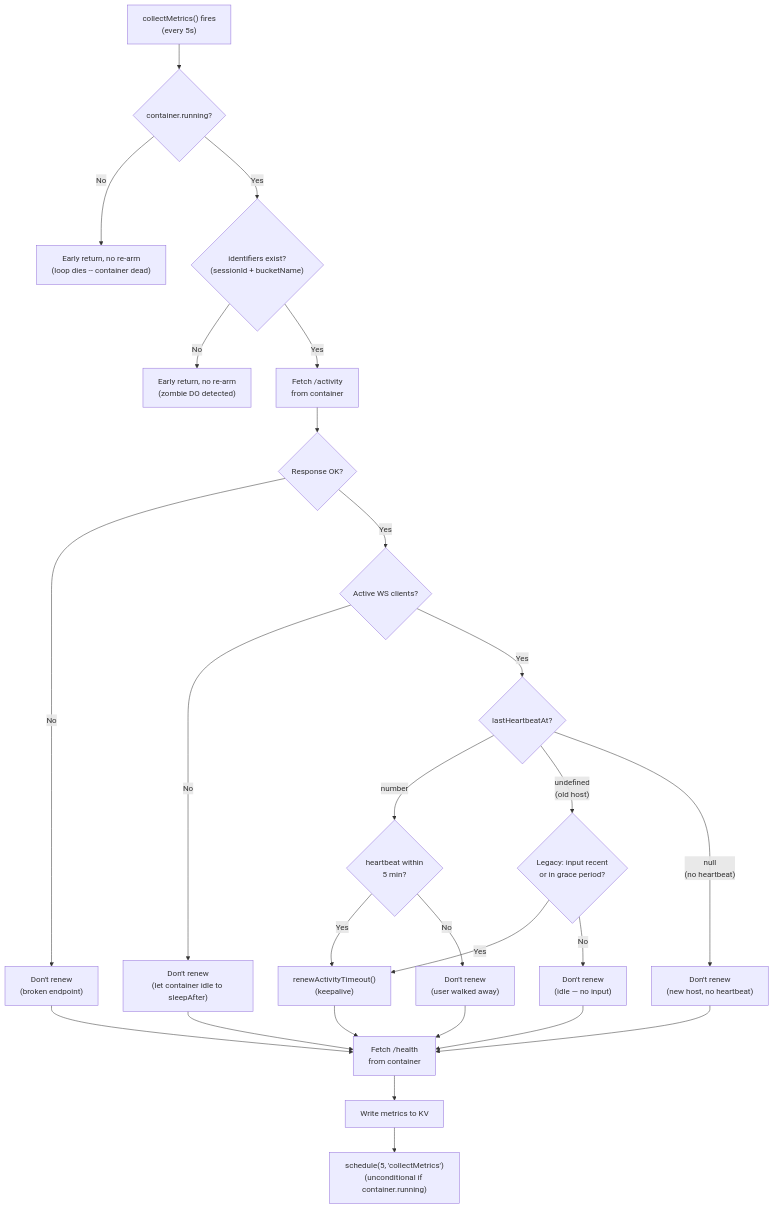
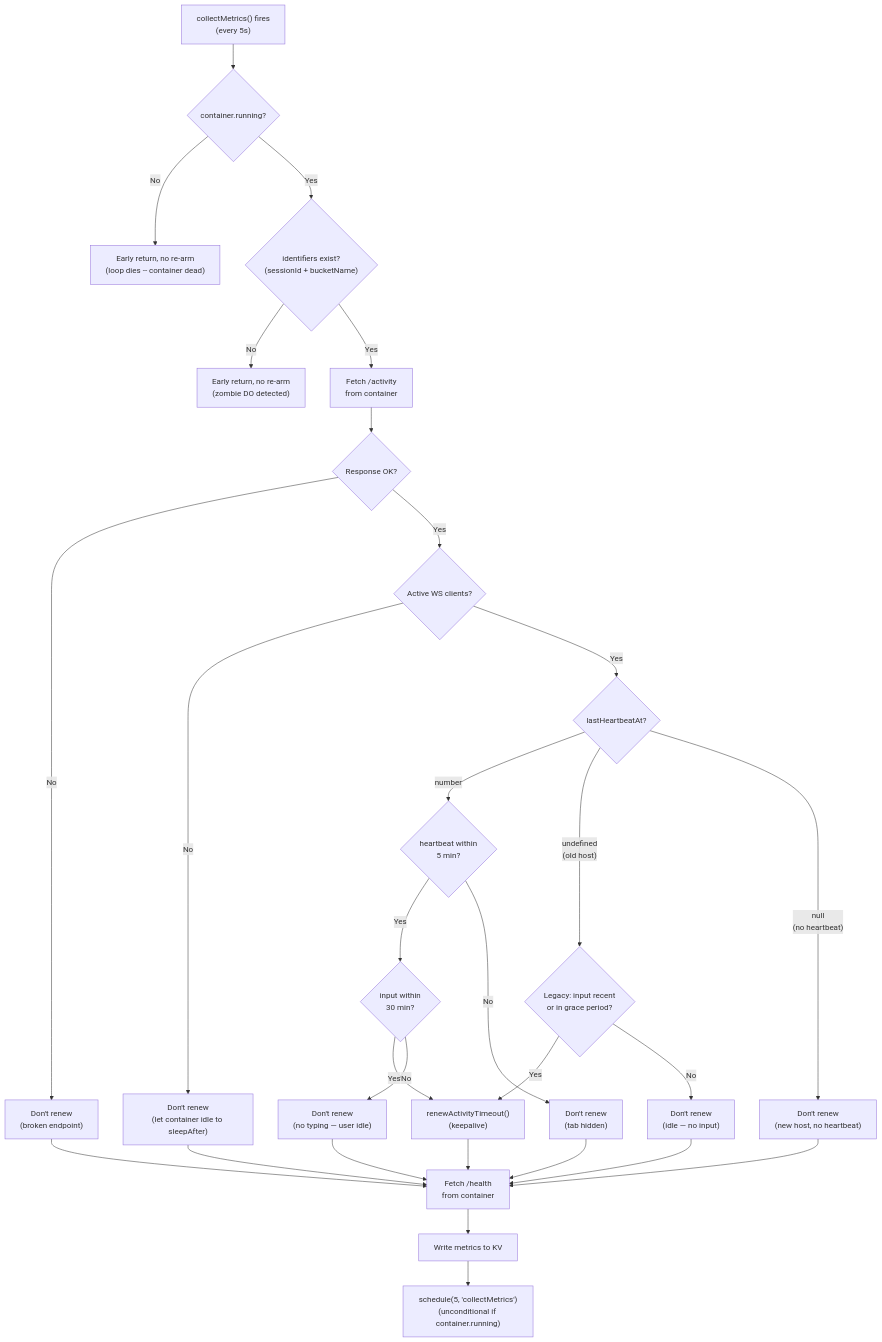
The second of 14 diagrams in TECHNICAL.md (nikolanovoselec/codeflare), drawn with Mermaid before and after one commit. The commit also changed other lines of this file, not shown here.

First line of the commit message:
docs: update idle detection docs to require both heartbeat AND input

````diff
--- a/TECHNICAL.md
+++ b/TECHNICAL.md
@@ -129,28 +129,31 @@
 ```mermaid
 flowchart TD
     CM["collectMetrics() fires<br/>(every 5s)"] --> CRunning{"container.running?"}
     CRunning -->|No| Exit1["Early return, no re-arm<br/>(loop dies -- container dead)"]
     CRunning -->|Yes| IDs{"identifiers exist?<br/>(sessionId + bucketName)"}
     IDs -->|No| Exit2["Early return, no re-arm<br/>(zombie DO detected)"]
     IDs -->|Yes| FetchAct["Fetch /activity<br/>from container"]
     FetchAct --> ActOK{"Response OK?"}
     ActOK -->|No| NoRenewErr["Don't renew<br/>(broken endpoint)"]
     ActOK -->|Yes| WSClients{"Active WS clients?"}
     WSClients -->|No| NoRenew["Don't renew<br/>(let container idle to sleepAfter)"]
     WSClients -->|Yes| HBCheck{"lastHeartbeatAt?"}
     HBCheck -->|"number"| HBRecent{"heartbeat within<br/>5 min?"}
-    HBRecent -->|Yes| Renew["renewActivityTimeout()<br/>(keepalive)"]
-    HBRecent -->|No| NoRenewStale["Don't renew<br/>(user walked away)"]
+    HBRecent -->|Yes| InputCheck{"input within<br/>30 min?"}
+    InputCheck -->|Yes| Renew["renewActivityTimeout()<br/>(keepalive)"]
+    InputCheck -->|No| NoRenewInput["Don't renew<br/>(no typing — user idle)"]
+    HBRecent -->|No| NoRenewStale["Don't renew<br/>(tab hidden)"]
     HBCheck -->|"undefined<br/>(old host)"| LegacyInput{"Legacy: input recent<br/>or in grace period?"}
     LegacyInput -->|Yes| Renew
     LegacyInput -->|No| NoRenewLegacy["Don't renew<br/>(idle — no input)"]
     HBCheck -->|"null<br/>(no heartbeat)"| NoRenewNull["Don't renew<br/>(new host, no heartbeat)"]
     Renew --> FetchHealth["Fetch /health<br/>from container"]
     NoRenew --> FetchHealth
     NoRenewErr --> FetchHealth
     NoRenewStale --> FetchHealth
+    NoRenewInput --> FetchHealth
     NoRenewLegacy --> FetchHealth
     NoRenewNull --> FetchHealth
     FetchHealth --> WriteKV["Write metrics to KV"]
     WriteKV --> ReArm["schedule(5, 'collectMetrics')<br/>(unconditional if container.running)"]
 ```
````
